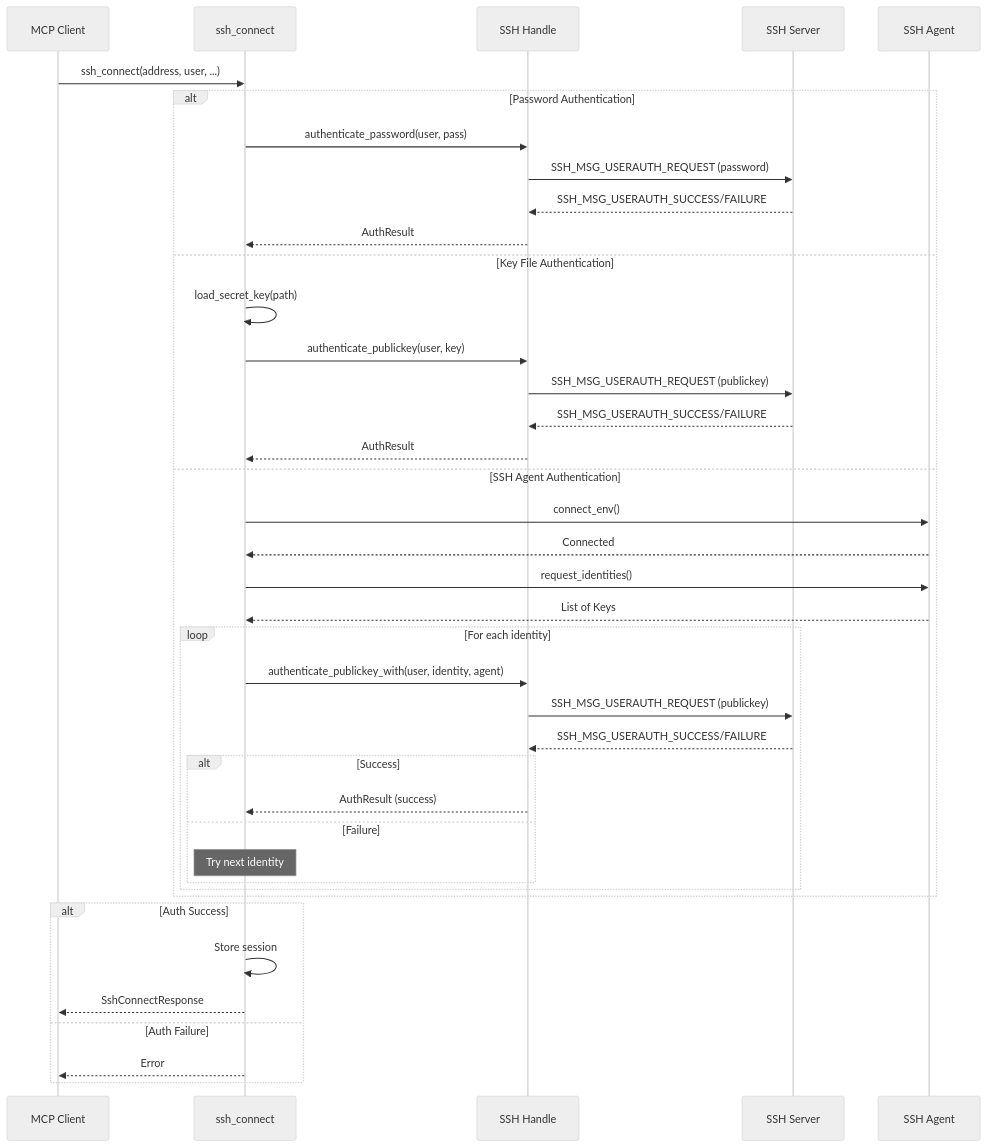
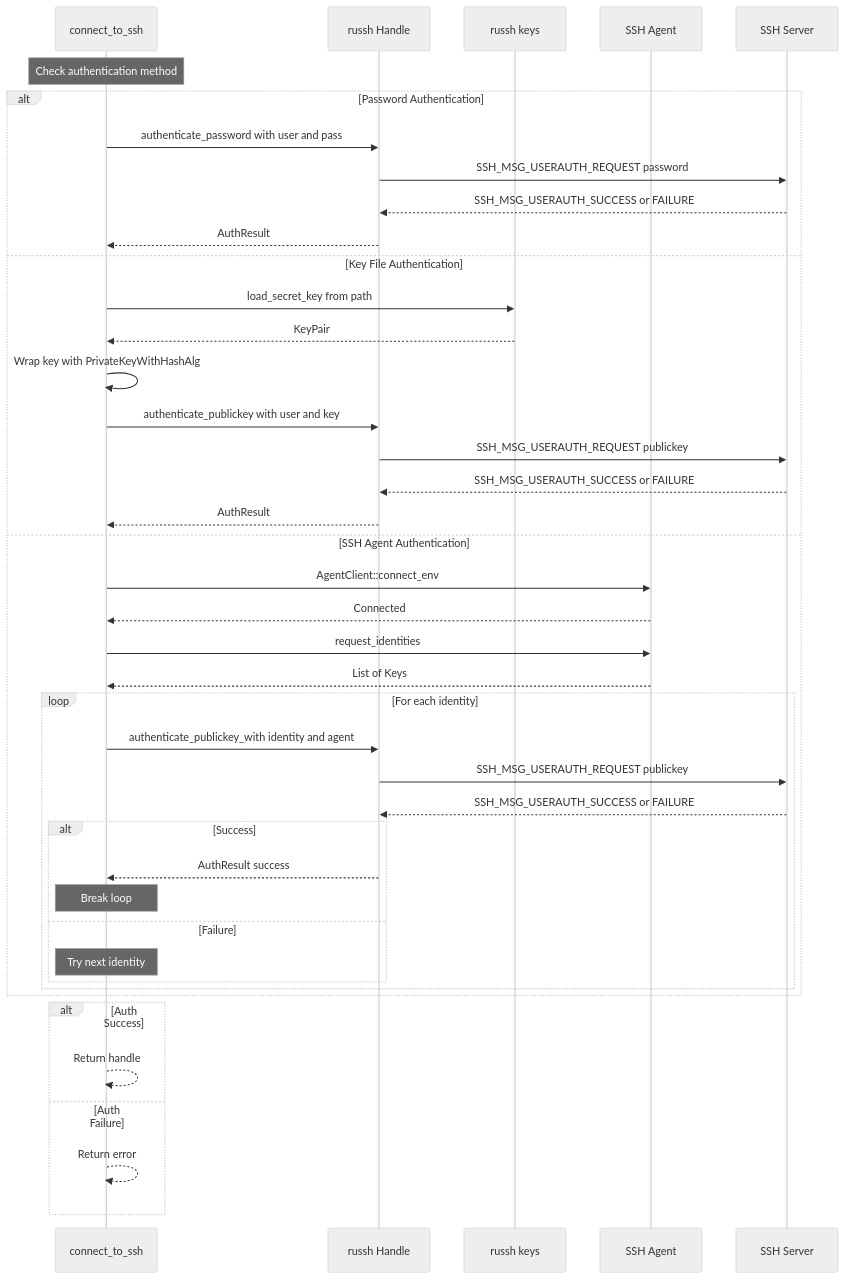
Before and after one commit to farchanjo/ssh-mcp: the fifth of 14 diagrams in docs/FLOWS.md, drawn with Mermaid (neutral theme). The commit also changed other lines of this file, not shown here.

First line of the commit message:
docs(flows): update sequence diagrams for russh refactor

````diff
--- a/docs/FLOWS.md
+++ b/docs/FLOWS.md
@@ -184,46 +211,48 @@
 ```mermaid
 sequenceDiagram
-    participant Client as MCP Client
-    participant SSH as ssh_connect
-    participant Handle as SSH Handle
+    participant SSH as connect_to_ssh
+    participant Handle as russh Handle
+    participant Keys as russh keys
+    participant Agent as SSH Agent
     participant Server as SSH Server
-    participant Agent as SSH Agent
 
-    Client->>SSH: ssh_connect(address, user, ...)
+    Note over SSH: Check authentication method
 
     alt Password Authentication
-        SSH->>Handle: authenticate_password(user, pass)
-        Handle->>Server: SSH_MSG_USERAUTH_REQUEST (password)
-        Server-->>Handle: SSH_MSG_USERAUTH_SUCCESS/FAILURE
+        SSH->>Handle: authenticate_password with user and pass
+        Handle->>Server: SSH_MSG_USERAUTH_REQUEST password
+        Server-->>Handle: SSH_MSG_USERAUTH_SUCCESS or FAILURE
         Handle-->>SSH: AuthResult
     else Key File Authentication
-        SSH->>SSH: load_secret_key(path)
-        SSH->>Handle: authenticate_publickey(user, key)
-        Handle->>Server: SSH_MSG_USERAUTH_REQUEST (publickey)
-        Server-->>Handle: SSH_MSG_USERAUTH_SUCCESS/FAILURE
+        SSH->>Keys: load_secret_key from path
+        Keys-->>SSH: KeyPair
+        SSH->>SSH: Wrap key with PrivateKeyWithHashAlg
+        SSH->>Handle: authenticate_publickey with user and key
+        Handle->>Server: SSH_MSG_USERAUTH_REQUEST publickey
+        Server-->>Handle: SSH_MSG_USERAUTH_SUCCESS or FAILURE
         Handle-->>SSH: AuthResult
     else SSH Agent Authentication
-        SSH->>Agent: connect_env()
+        SSH->>Agent: AgentClient::connect_env
         Agent-->>SSH: Connected
-        SSH->>Agent: request_identities()
+        SSH->>Agent: request_identities
         Agent-->>SSH: List of Keys
 
         loop For each identity
-            SSH->>Handle: authenticate_publickey_with(user, identity, agent)
-            Handle->>Server: SSH_MSG_USERAUTH_REQUEST (publickey)
-            Server-->>Handle: SSH_MSG_USERAUTH_SUCCESS/FAILURE
+            SSH->>Handle: authenticate_publickey_with identity and agent
+            Handle->>Server: SSH_MSG_USERAUTH_REQUEST publickey
+            Server-->>Handle: SSH_MSG_USERAUTH_SUCCESS or FAILURE
             alt Success
-                Handle-->>SSH: AuthResult (success)
+                Handle-->>SSH: AuthResult success
+                Note over SSH: Break loop
             else Failure
                 Note over SSH: Try next identity
             end
         end
     end
 
     alt Auth Success
-        SSH->>SSH: Store session
-        SSH-->>Client: SshConnectResponse
+        SSH-->>SSH: Return handle
     else Auth Failure
-        SSH-->>Client: Error
+        SSH-->>SSH: Return error
     end
 ```
````
